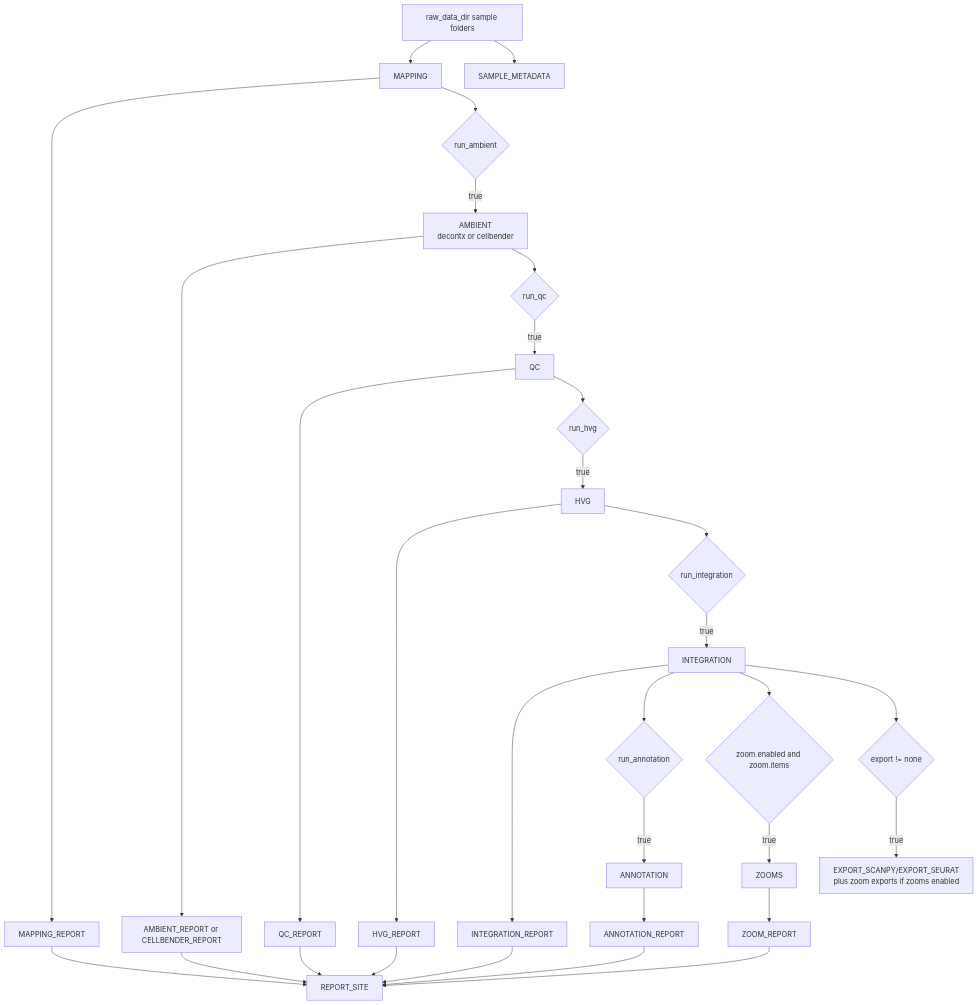
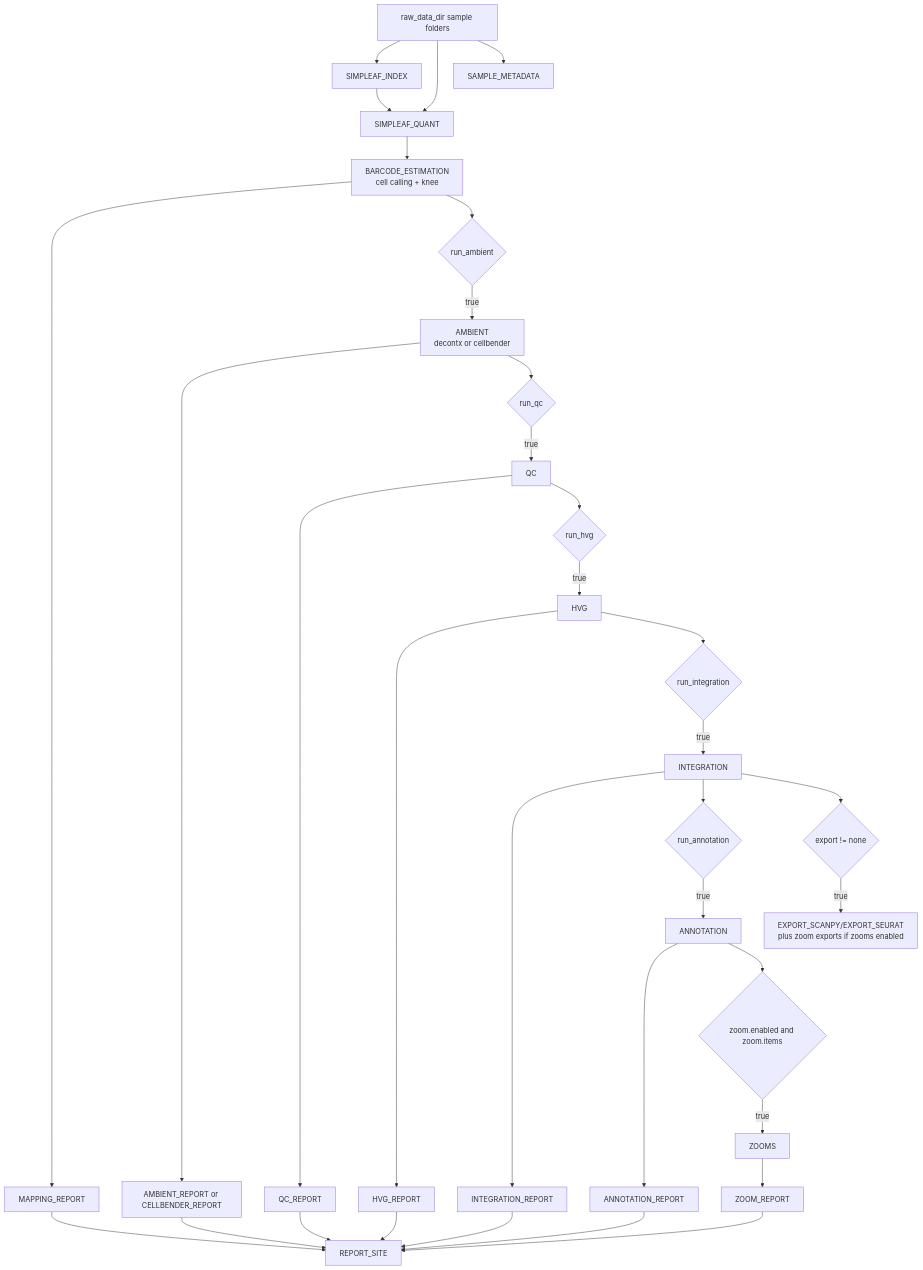
The diagram in README.md (johnsonlab-ic/scQC-flow), drawn with Mermaid before and after one commit. The commit also changed other lines of this file, not shown here.

Commit message:
updated readme dag

````diff
--- a/README.md
+++ b/README.md
@@ -23,42 +23,45 @@
 ```mermaid
 flowchart TD
-  A[raw_data_dir sample folders] --> B[MAPPING]
+  A[raw_data_dir sample folders] --> M1[SIMPLEAF_INDEX]
+  A --> M2[SIMPLEAF_QUANT]
+  M1 --> M2
+  M2 --> M3[BARCODE_ESTIMATION<br/>cell calling + knee]
   A --> SM[SAMPLE_METADATA]
 
-  B --> BR[MAPPING_REPORT]
-  B --> AM{run_ambient}
+  M3 --> BR[MAPPING_REPORT]
+  M3 --> AM{run_ambient}
 
   AM -- true --> C[AMBIENT<br/>decontx or cellbender]
   C --> CR[AMBIENT_REPORT or CELLBENDER_REPORT]
 
   C --> QF{run_qc}
   QF -- true --> D[QC]
   D --> DR[QC_REPORT]
 
   D --> HF{run_hvg}
   HF -- true --> E[HVG]
   E --> ER[HVG_REPORT]
 
   E --> IF{run_integration}
   IF -- true --> F[INTEGRATION]
   F --> FR[INTEGRATION_REPORT]
 
   F --> AF{run_annotation}
   AF -- true --> G[ANNOTATION]
   G --> GR[ANNOTATION_REPORT]
 
-  F --> ZF{zoom.enabled and zoom.items}
+  G --> ZF{zoom.enabled and zoom.items}
   ZF -- true --> Z[ZOOMS]
   Z --> ZR[ZOOM_REPORT]
 
   F --> XF{export != none}
   XF -- true --> X[EXPORT_SCANPY/EXPORT_SEURAT<br/>plus zoom exports if zooms enabled]
 
   BR --> RS[REPORT_SITE]
   CR --> RS
   DR --> RS
   ER --> RS
   FR --> RS
   GR --> RS
   ZR --> RS
 ```
````
